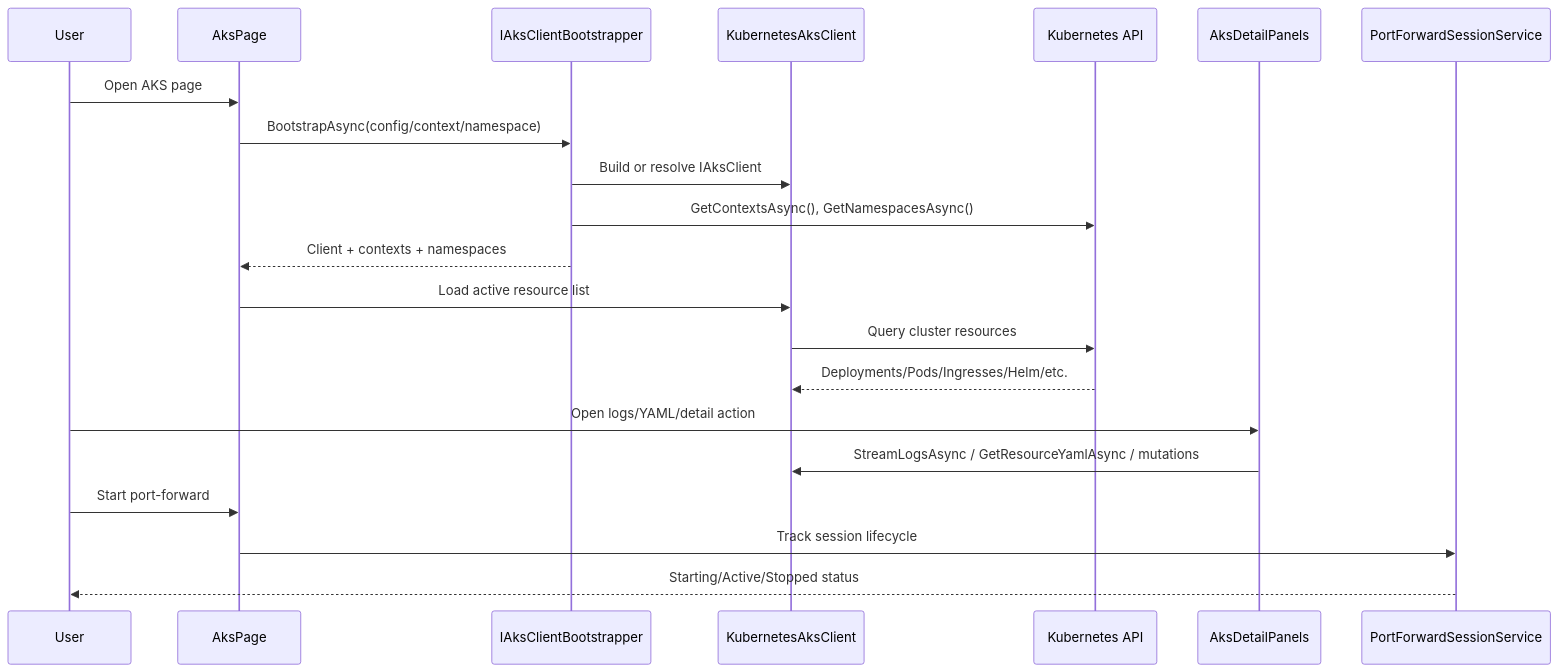
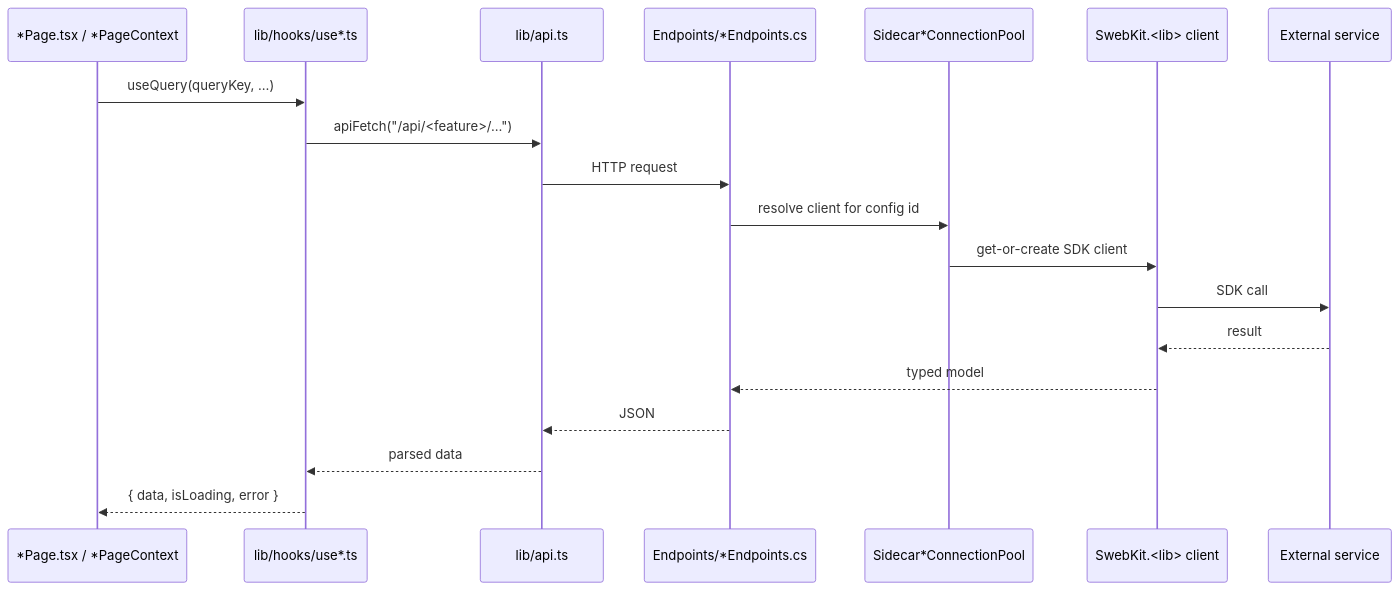
The second of 5 diagrams in docs/architecture/design.md (SWojtyla/SwebKit), drawn with Mermaid before and after one commit. The commit also changed other lines of this file and 964 other files, not shown here.

````diff
--- a/docs/architecture/design.md
+++ b/docs/architecture/design.md
@@ -205,24 +73,22 @@
 ```mermaid
 sequenceDiagram
-    participant User
-    participant Page as AksPage
-    participant Bootstrap as IAksClientBootstrapper
-    participant Client as KubernetesAksClient
-    participant Api as Kubernetes API
-    participant Panels as AksDetailPanels
-    participant Sessions as PortForwardSessionService
+    participant Page as *Page.tsx / *PageContext
+    participant Hook as lib/hooks/use*.ts
+    participant Api as lib/api.ts
+    participant Ep as Endpoints/*Endpoints.cs
+    participant Pool as Sidecar*ConnectionPool
+    participant Client as SwebKit.<lib> client
+    participant Ext as External service
 
-    User->>Page: Open AKS page
-    Page->>Bootstrap: BootstrapAsync(config/context/namespace)
-    Bootstrap->>Client: Build or resolve IAksClient
-    Bootstrap->>Api: GetContextsAsync(), GetNamespacesAsync()
-    Bootstrap-->>Page: Client + contexts + namespaces
-    Page->>Client: Load active resource list
-    Client->>Api: Query cluster resources
-    Api-->>Client: Deployments/Pods/Ingresses/Helm/etc.
-    User->>Panels: Open logs/YAML/detail action
-    Panels->>Client: StreamLogsAsync / GetResourceYamlAsync / mutations
-    User->>Page: Start port-forward
-    Page->>Sessions: Track session lifecycle
-    Sessions-->>User: Starting/Active/Stopped status
+    Page->>Hook: useQuery(queryKey, …)
+    Hook->>Api: apiFetch("/api/<feature>/…")
+    Api->>Ep: HTTP request
+    Ep->>Pool: resolve client for config id
+    Pool->>Client: get-or-create SDK client
+    Client->>Ext: SDK call
+    Ext-->>Client: result
+    Client-->>Ep: typed model
+    Ep-->>Api: JSON
+    Api-->>Hook: parsed data
+    Hook-->>Page: { data, isLoading, error }
 ```
````
